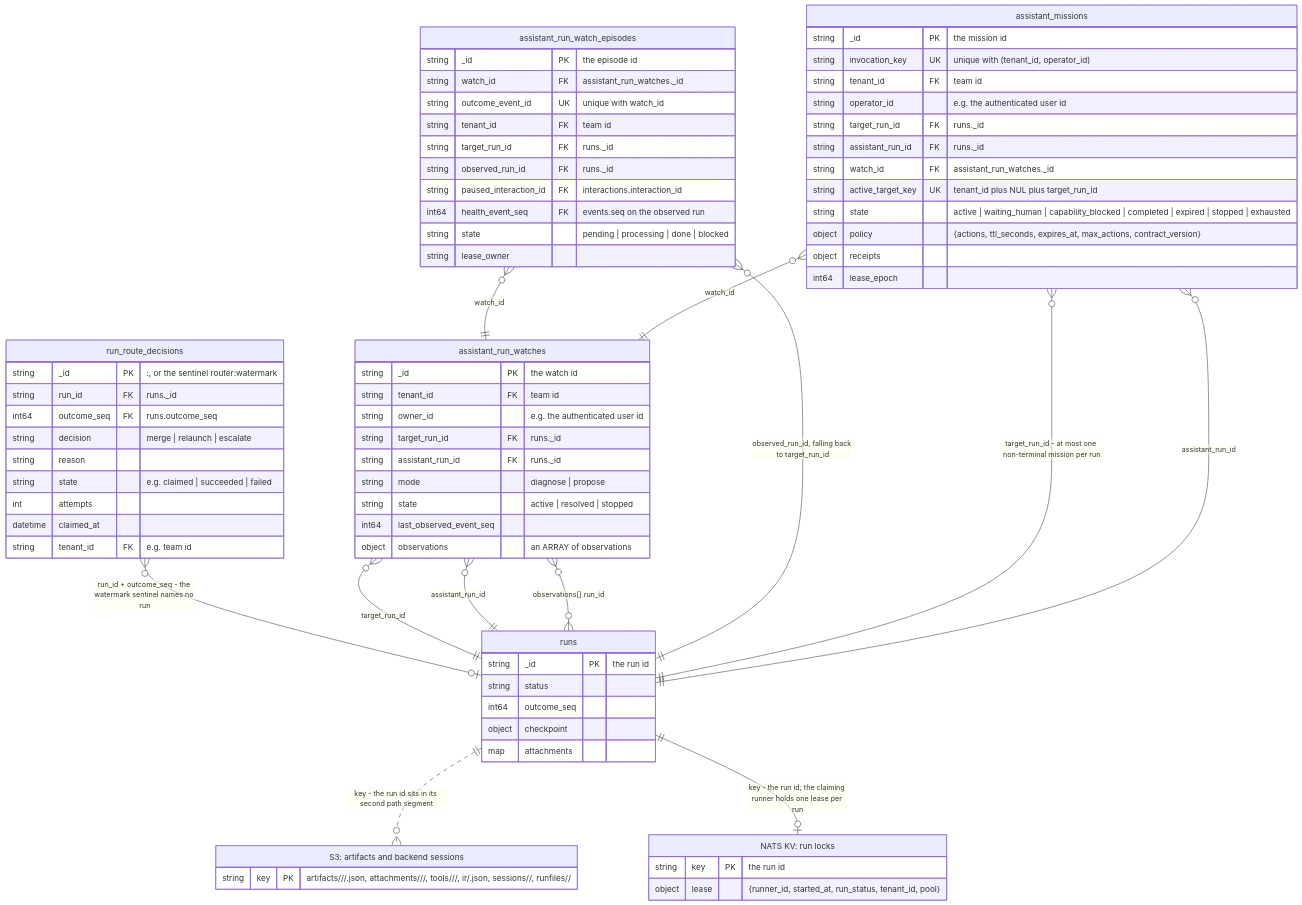
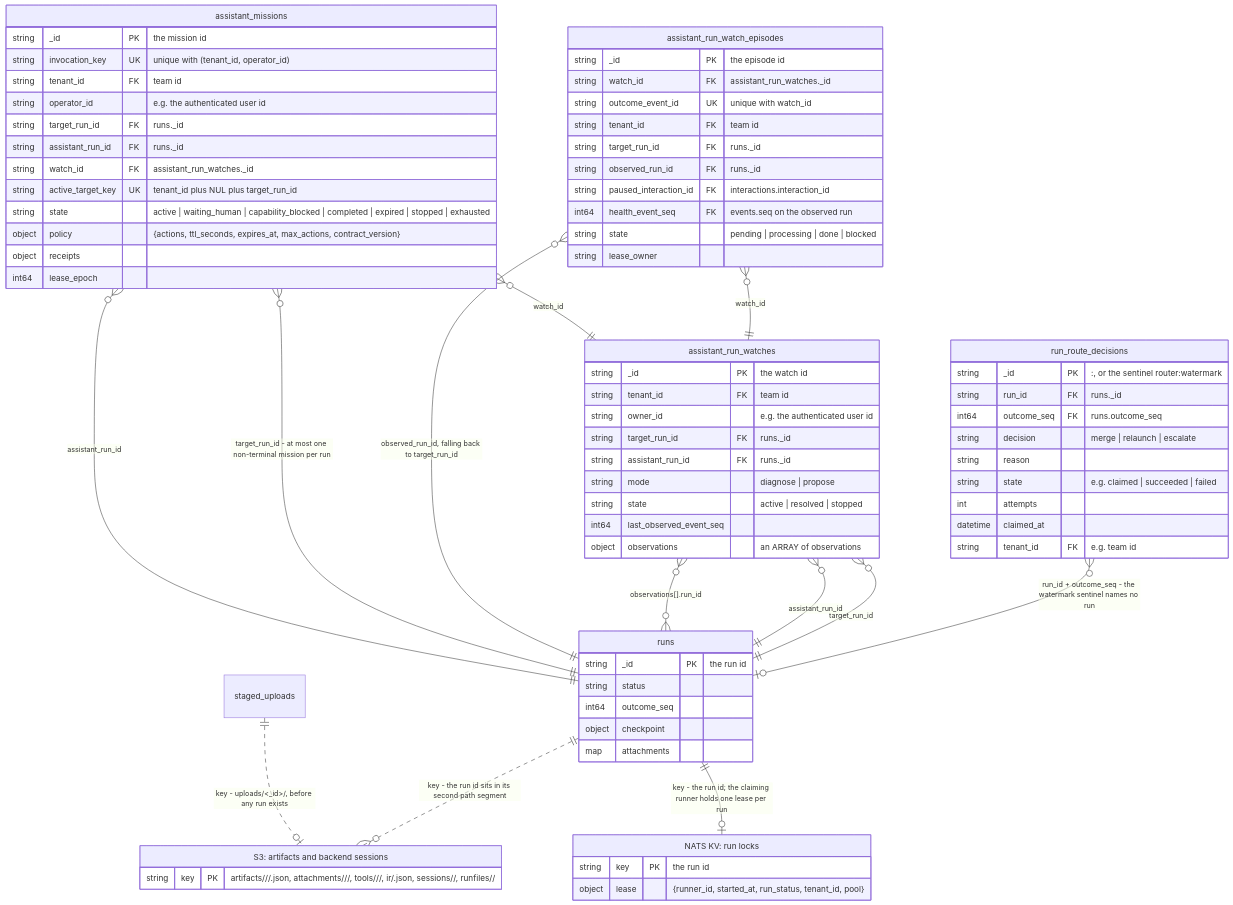
The third of 4 diagrams in docs/diagrams/data-model-runs.md (SocialGouv/iterion), drawn with Mermaid before and after one commit. The commit also changed other lines of this file and 61 other files, not shown here.

````diff
--- a/docs/diagrams/data-model-runs.md
+++ b/docs/diagrams/data-model-runs.md
@@ -221,76 +233,77 @@
 ```mermaid
 erDiagram
     runs {
         string _id PK "the run id"
         string status
         int64 outcome_seq
         object checkpoint
         map attachments
     }
     run_route_decisions {
         string _id PK "<run_id>:<outcome_seq>, or the sentinel router:watermark"
         string run_id FK "runs._id"
         int64 outcome_seq FK "runs.outcome_seq"
         string decision "merge | relaunch | escalate"
         string reason
         string state "e.g. claimed | succeeded | failed"
         int attempts
         datetime claimed_at
         string tenant_id FK "e.g. team id"
     }
     assistant_run_watches {
         string _id PK "the watch id"
         string tenant_id FK "team id"
         string owner_id "e.g. the authenticated user id"
         string target_run_id FK "runs._id"
         string assistant_run_id FK "runs._id"
         string mode "diagnose | propose"
         string state "active | resolved | stopped"
         int64 last_observed_event_seq
         object observations "an ARRAY of observations"
     }
     assistant_run_watch_episodes {
         string _id PK "the episode id"
         string watch_id FK "assistant_run_watches._id"
         string outcome_event_id UK "unique with watch_id"
         string tenant_id FK "team id"
         string target_run_id FK "runs._id"
         string observed_run_id FK "runs._id"
         string paused_interaction_id FK "interactions.interaction_id"
         int64 health_event_seq FK "events.seq on the observed run"
         string state "pending | processing | done | blocked"
         string lease_owner
     }
     assistant_missions {
         string _id PK "the mission id"
         string invocation_key UK "unique with (tenant_id, operator_id)"
         string tenant_id FK "team id"
         string operator_id "e.g. the authenticated user id"
         string target_run_id FK "runs._id"
         string assistant_run_id FK "runs._id"
         string watch_id FK "assistant_run_watches._id"
         string active_target_key UK "tenant_id plus NUL plus target_run_id"
         string state "active | waiting_human | capability_blocked | completed | expired | stopped | exhausted"
         object policy "{actions, ttl_seconds, expires_at, max_actions, contract_version}"
         object receipts
         int64 lease_epoch
     }
     "S3: artifacts and backend sessions" {
-        string key PK "artifacts/<run>/<node>/<v>.json, attachments/<run>/<name>/<file>, tools/<run>/<toolUseID>/<kind>, ir/<run>.json, sessions/<run>/<ref>, runfiles/<run>/<path>"
+        string key PK "artifacts/<run>/<node>/<v>.json, attachments/<run>/<name>/<file>, tools/<run>/<toolUseID>/<kind>, ir/<run>.json, sessions/<run>/<ref>, runfiles/<run>/<path>, uploads/<upload>/<file>"
     }
     "NATS KV: run locks" {
         string key PK "the run id"
         object lease "{runner_id, started_at, run_status, tenant_id, pool}"
     }
     run_route_decisions }o--o| runs : "run_id + outcome_seq - the watermark sentinel names no run"
     assistant_run_watches }o--|| runs : "target_run_id"
     assistant_run_watches }o--|| runs : "assistant_run_id"
     assistant_run_watches }o--o{ runs : "observations[].run_id"
     assistant_run_watch_episodes }o--|| assistant_run_watches : "watch_id"
     assistant_run_watch_episodes }o--|| runs : "observed_run_id, falling back to target_run_id"
     assistant_missions }o--|| runs : "target_run_id - at most one non-terminal mission per run"
     assistant_missions }o--|| runs : "assistant_run_id"
     assistant_missions }o--|| assistant_run_watches : "watch_id"
     runs ||..o{ "S3: artifacts and backend sessions" : "key - the run id sits in its second path segment"
+    staged_uploads ||..o| "S3: artifacts and backend sessions" : "key - uploads/<_id>/<original_filename>, before any run exists"
     runs ||--o| "NATS KV: run locks" : "key - the run id; the claiming runner holds one lease per run"
 ```
````
